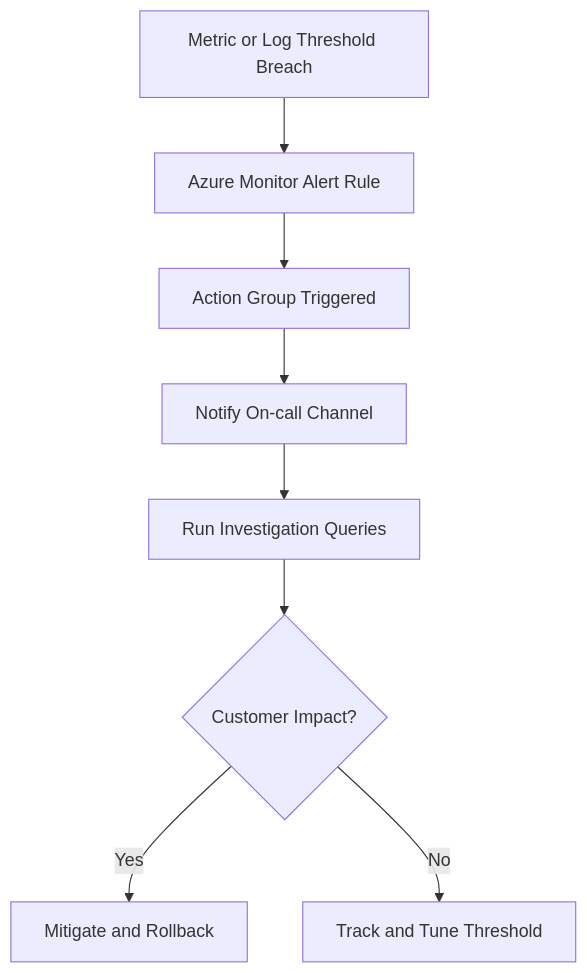
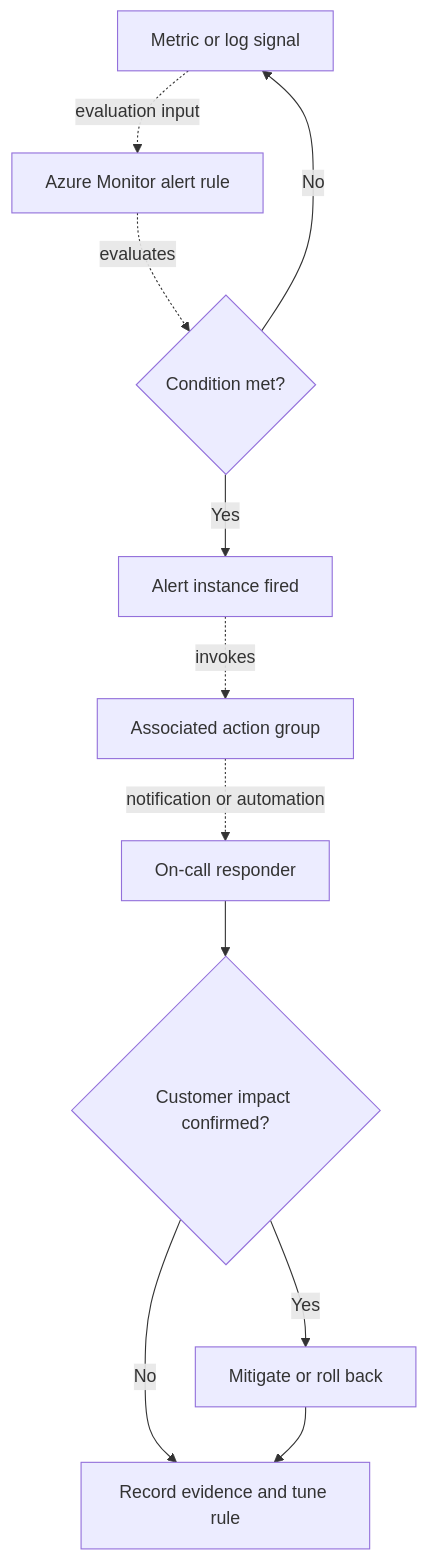
One commit to yeongseon/azure-container-apps-practical-guide changed the diagram in docs/operations/alerts/index.md. Above: the diagram before and after it, drawn with Mermaid. The commit also changed other lines of this file and 13 other files, not shown here.

First line of the commit message:
docs(diagrams): migrate the Container Apps operations diagrams (#614)

````diff
--- a/docs/operations/alerts/index.md
+++ b/docs/operations/alerts/index.md
@@ -210,10 +241,23 @@
 ```mermaid
 flowchart TD
-    A[Metric or Log Threshold Breach] --> B[Azure Monitor Alert Rule]
-    B --> C[Action Group Triggered]
-    C --> D[Notify On-call Channel]
-    D --> E[Run Investigation Queries]
-    E --> F{Customer Impact?}
-    F -->|Yes| G[Mitigate and Rollback]
-    F -->|No| H[Track and Tune Threshold]
+    SIGNAL[Metric or log signal]
+    RULE[Azure Monitor alert rule]
+    CONDITION{Condition met?}
+    ALERT[Alert instance fired]
+    ACTIONS[Associated action group]
+    RESPONDER[On-call responder]
+    IMPACT{Customer impact confirmed?}
+    MITIGATE[Mitigate or roll back]
+    TUNE[Record evidence and tune rule]
+
+    SIGNAL -. evaluation input .-> RULE
+    RULE -. evaluates .-> CONDITION
+    CONDITION -->|No| SIGNAL
+    CONDITION -->|Yes| ALERT
+    ALERT -. invokes .-> ACTIONS
+    ACTIONS -. notification or automation .-> RESPONDER
+    RESPONDER --> IMPACT
+    IMPACT -->|Yes| MITIGATE
+    IMPACT -->|No| TUNE
+    MITIGATE --> TUNE
 ```
````
